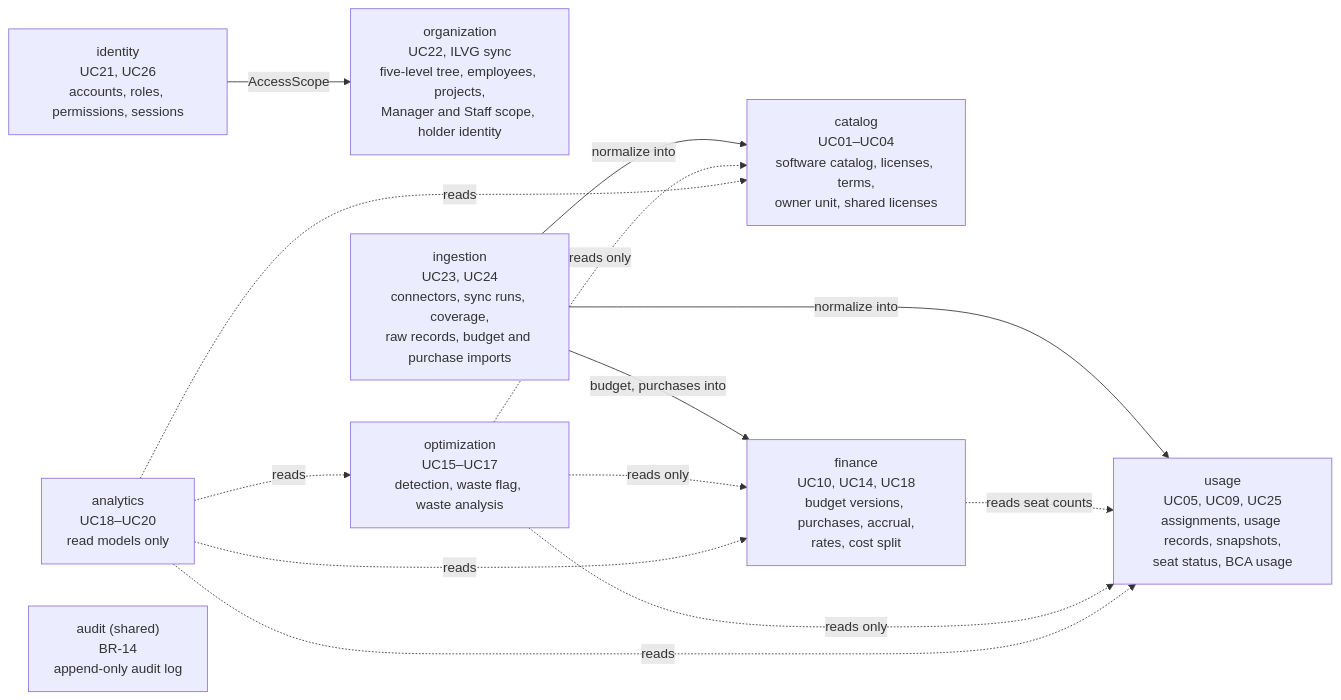
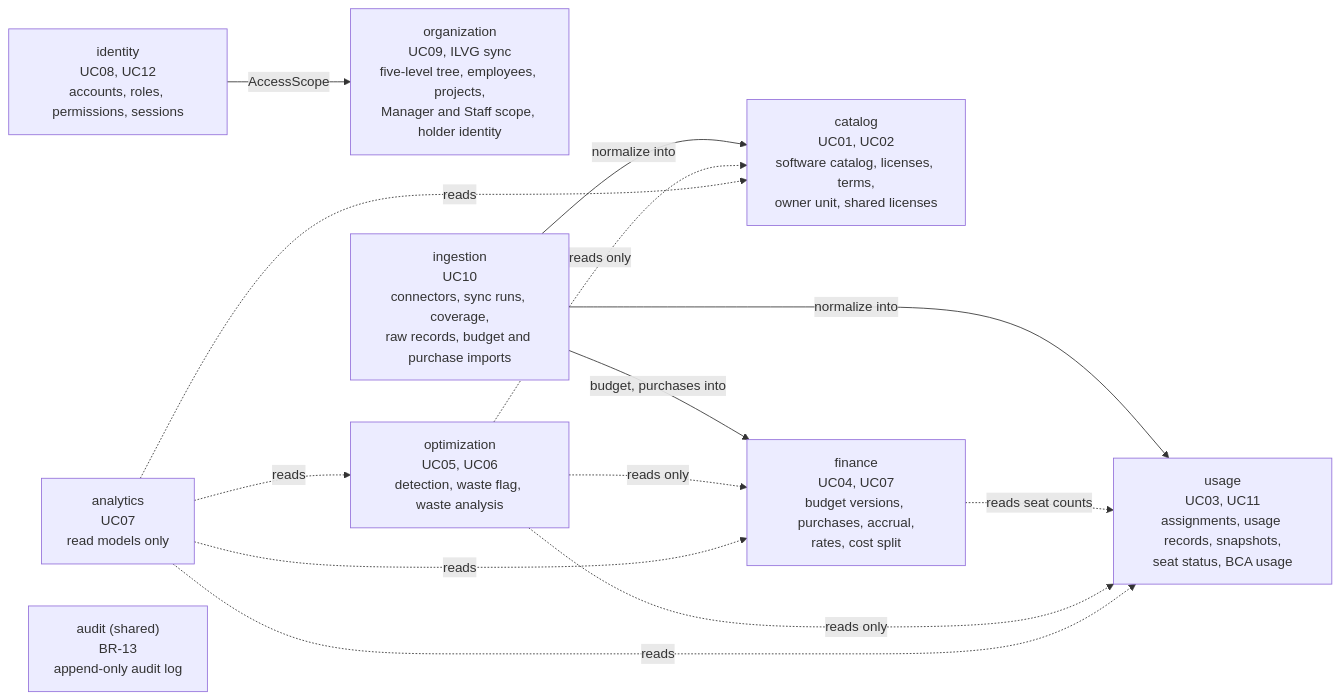
One commit to cuonglpv/VFast changed the fourth of 7 diagrams in docs/07-c4-architecture.md. Above: the diagram before and after it, drawn with Mermaid. The commit also changed other lines of this file and 19 other files, not shown here.

First line of the commit message:
docs: merge use cases into 12 large flows and drop the forecast

````diff
--- a/docs/07-c4-architecture.md
+++ b/docs/07-c4-architecture.md
@@ -226,25 +226,25 @@
 ```mermaid
 flowchart LR
-    identity["identity<br/>UC21, UC26<br/>accounts, roles, permissions, sessions"]
-    organization["organization<br/>UC22, ILVG sync<br/>five-level tree, employees, projects,<br/>Manager and Staff scope, holder identity"]
-    catalog["catalog<br/>UC01–UC04<br/>software catalog, licenses, terms,<br/>owner unit, shared licenses"]
-    ingestion["ingestion<br/>UC23, UC24<br/>connectors, sync runs, coverage,<br/>raw records, budget and purchase imports"]
-    usage["usage<br/>UC05, UC09, UC25<br/>assignments, usage records, snapshots,<br/>seat status, BCA usage"]
-    finance["finance<br/>UC10, UC14, UC18<br/>budget versions, purchases, accrual,<br/>rates, cost split"]
-    optimization["optimization<br/>UC15–UC17<br/>detection, waste flag, waste analysis"]
-    analytics["analytics<br/>UC18–UC20<br/>read models only"]
-    audit["audit (shared)<br/>BR-14<br/>append-only audit log"]
+    identity["identity<br/>UC08, UC12<br/>accounts, roles, permissions, sessions"]
+    organization["organization<br/>UC09, ILVG sync<br/>five-level tree, employees, projects,<br/>Manager and Staff scope, holder identity"]
+    catalog["catalog<br/>UC01, UC02<br/>software catalog, licenses, terms,<br/>owner unit, shared licenses"]
+    ingestion["ingestion<br/>UC10<br/>connectors, sync runs, coverage,<br/>raw records, budget and purchase imports"]
+    usage["usage<br/>UC03, UC11<br/>assignments, usage records, snapshots,<br/>seat status, BCA usage"]
+    finance["finance<br/>UC04, UC07<br/>budget versions, purchases, accrual,<br/>rates, cost split"]
+    optimization["optimization<br/>UC05, UC06<br/>detection, waste flag, waste analysis"]
+    analytics["analytics<br/>UC07<br/>read models only"]
+    audit["audit (shared)<br/>BR-13<br/>append-only audit log"]
 
     ingestion -- "normalize into" --> catalog
     ingestion -- "normalize into" --> usage
     ingestion -- "budget, purchases into" --> finance
     finance -. "reads seat counts" .-> usage
     optimization -. "reads only" .-> usage
     optimization -. "reads only" .-> finance
     optimization -. "reads only" .-> catalog
     analytics -. "reads" .-> optimization
     analytics -. "reads" .-> finance
     analytics -. "reads" .-> usage
     analytics -. "reads" .-> catalog
     identity -- "AccessScope" --> organization
 ```
````
